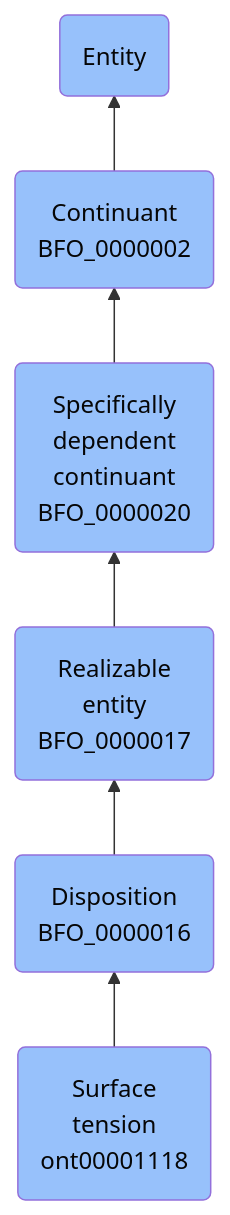
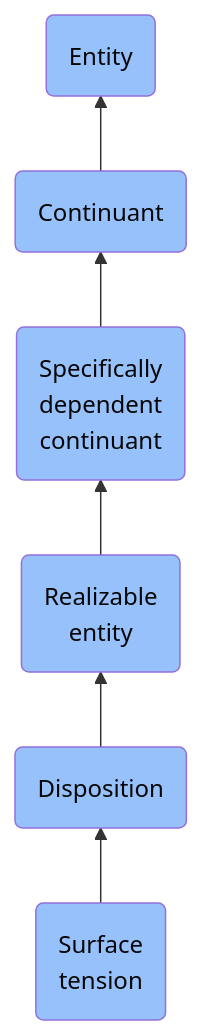
One commit to jupyter-naas/abi changed the diagram in docs/ontology/reference/model/Entity/Continuant/Specifically dependent continuant/Realizable entity/Disposition/Surface tension/Surface tension.md. Above: the diagram before and after it, drawn with Mermaid. The commit also changed other lines of this file and 1430 other files, not shown here.

````diff
--- a/docs/ontology/reference/model/Entity/Continuant/Specifically dependent continuant/Realizable entity/Disposition/Surface tension/Surface tension.md
+++ b/docs/ontology/reference/model/Entity/Continuant/Specifically dependent continuant/Realizable entity/Disposition/Surface tension/Surface tension.md
@@ -24,13 +24,13 @@
 ```mermaid
 graph BT
-    ont00001118(Surface<br>tension<br>ont00001118):::BFO-->BFO_0000016
-    BFO_0000016(Disposition<br>BFO_0000016):::BFO-->BFO_0000017
-    BFO_0000017(Realizable<br>entity<br>BFO_0000017):::BFO-->BFO_0000020
-    BFO_0000020(Specifically<br>dependent<br>continuant<br>BFO_0000020):::BFO-->BFO_0000002
-    BFO_0000002(Continuant<br>BFO_0000002):::BFO-->BFO_0000001
+    ont00001118(Surface<br>tension):::BFO-->BFO_0000016
+    BFO_0000016(Disposition):::BFO-->BFO_0000017
+    BFO_0000017(Realizable<br>entity):::BFO-->BFO_0000020
+    BFO_0000020(Specifically<br>dependent<br>continuant):::BFO-->BFO_0000002
+    BFO_0000002(Continuant):::BFO-->BFO_0000001
     BFO_0000001(Entity):::BFO
     
     classDef BFO fill:#97c1fb,color:#060606
     classDef CCO fill:#e4c51e,color:#060606
     classDef ABI fill:#48DD82,color:#060606
 ```
````
